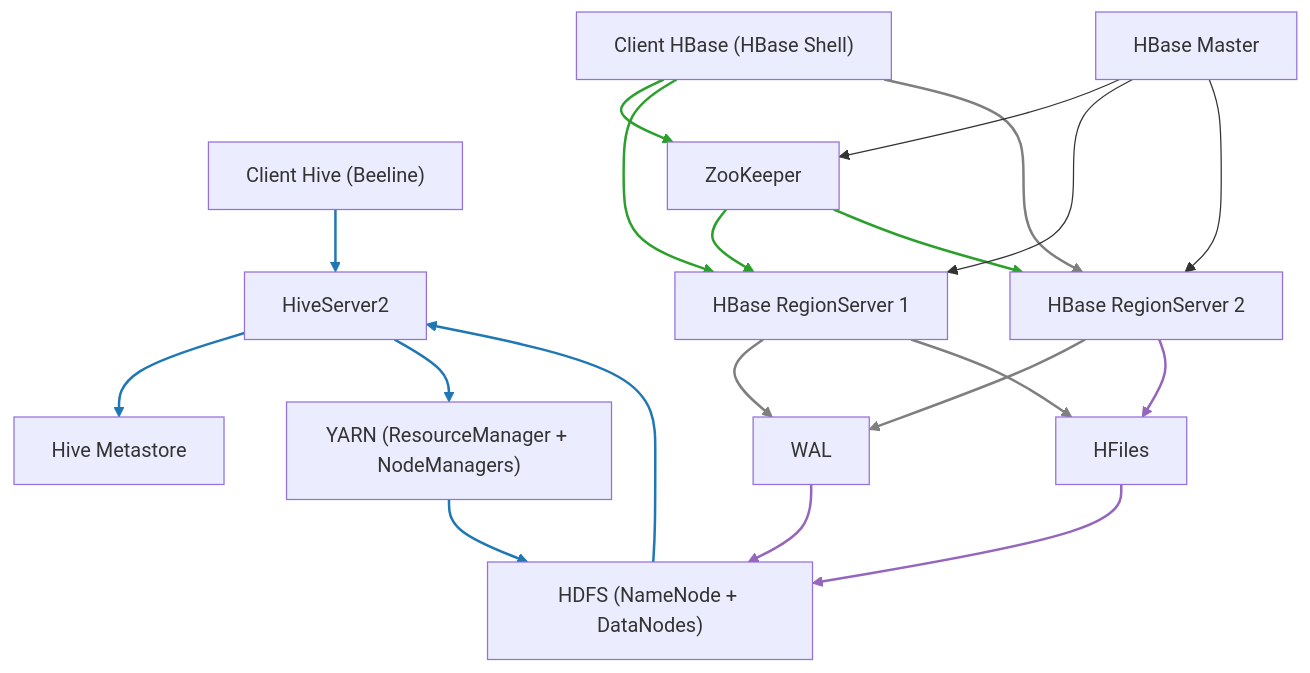
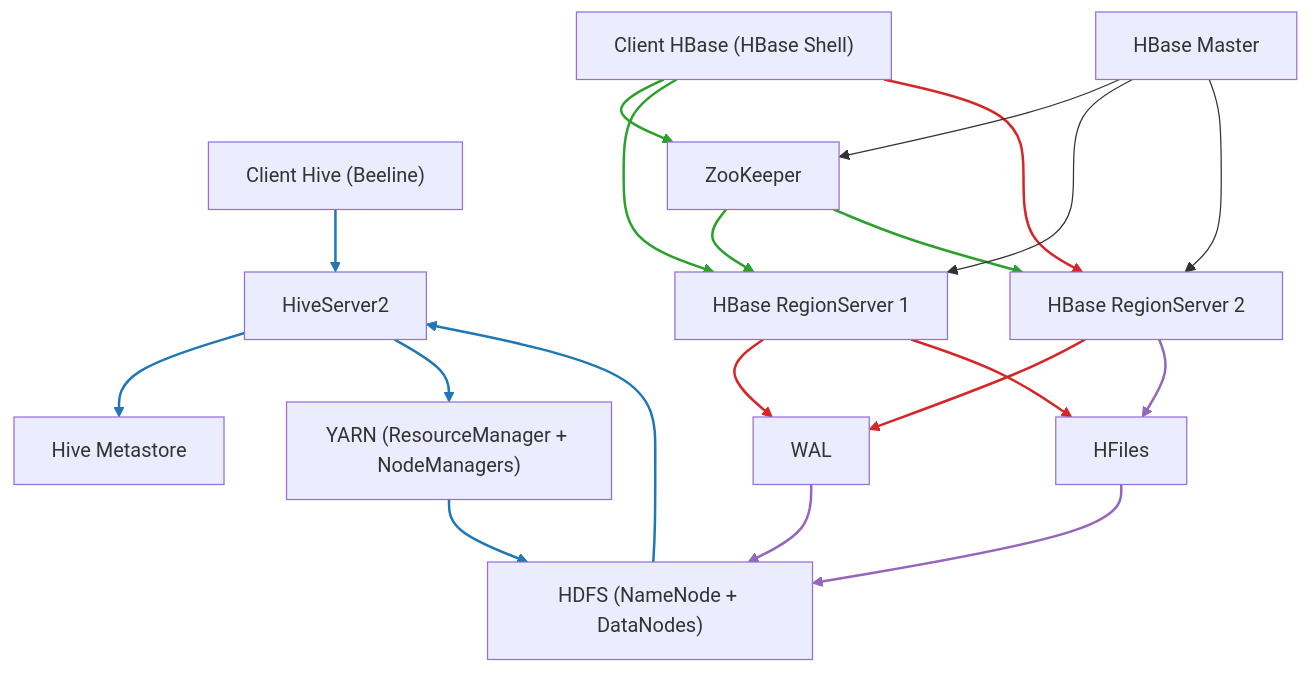
Before and after one commit to AbidHamza/M2DE_Hbase: the diagram in rendus/Mohamed Amine MERABET/Room 8/architecture-blank - Mohamed Amine MERABET.mmd, drawn with Mermaid.

Commit message:
Modif Diag

```diff
--- a/rendus/Mohamed Amine MERABET/Room 8/architecture-blank - Mohamed Amine MERABET.mmd
+++ b/rendus/Mohamed Amine MERABET/Room 8/architecture-blank - Mohamed Amine MERABET.mmd
@@ -1,60 +1,60 @@
 flowchart TB
 
 %% ===== Nodes =====
 ClientHive["Client Hive (Beeline)"]
 ClientHBase["Client HBase (HBase Shell)"]
 
 HiveServer2["HiveServer2"]
 Metastore["Hive Metastore"]
 
 HBaseMaster["HBase Master"]
 RegionServer1["HBase RegionServer 1"]
 RegionServer2["HBase RegionServer 2"]
 
 ZooKeeper["ZooKeeper"]
 YARN["YARN (ResourceManager + NodeManagers)"]
 
 HDFS["HDFS (NameNode + DataNodes)"]
 WAL["WAL"]
 HFiles["HFiles"]
 
 %% ===== Hive Flow =====
 ClientHive --> HiveServer2
 HiveServer2 --> Metastore
 HiveServer2 --> YARN
 YARN --> HDFS
 HDFS --> HiveServer2
 
 %% ===== HBase Flow =====
 ClientHBase --> ZooKeeper
 ZooKeeper --> RegionServer1
 ZooKeeper --> RegionServer2
 
 ClientHBase --> RegionServer1
 ClientHBase --> RegionServer2
 
 RegionServer1 --> WAL
 RegionServer2 --> WAL
 RegionServer1 --> HFiles
 RegionServer2 --> HFiles
 
 WAL --> HDFS
 HFiles --> HDFS
 
 %% ===== Master =====
 HBaseMaster --> ZooKeeper
 HBaseMaster --> RegionServer1
 HBaseMaster --> RegionServer2
 
 %% ===== Link styles =====
-%% Hive (bleu)
+%% Hive
 linkStyle 0,1,2,3,4 stroke:#1f77b4,stroke-width:2px;
 
-%% HBase accès (vert)
+%% HBase accès
 linkStyle 5,6,7,8 stroke:#2ca02c,stroke-width:2px;
 
-%% HBase stockage (gris)
-linkStyle 9,10,11,12 stroke:#7f7f7f,stroke-width:2px;
+%% HBase stockage
+linkStyle 9,10,11,12 stroke:#d62728,stroke-width:2px;
 
-%% Coordination (violet)
+%% Coordination
 linkStyle 13,14,15 stroke:#9467bd,stroke-width:2px;
```
